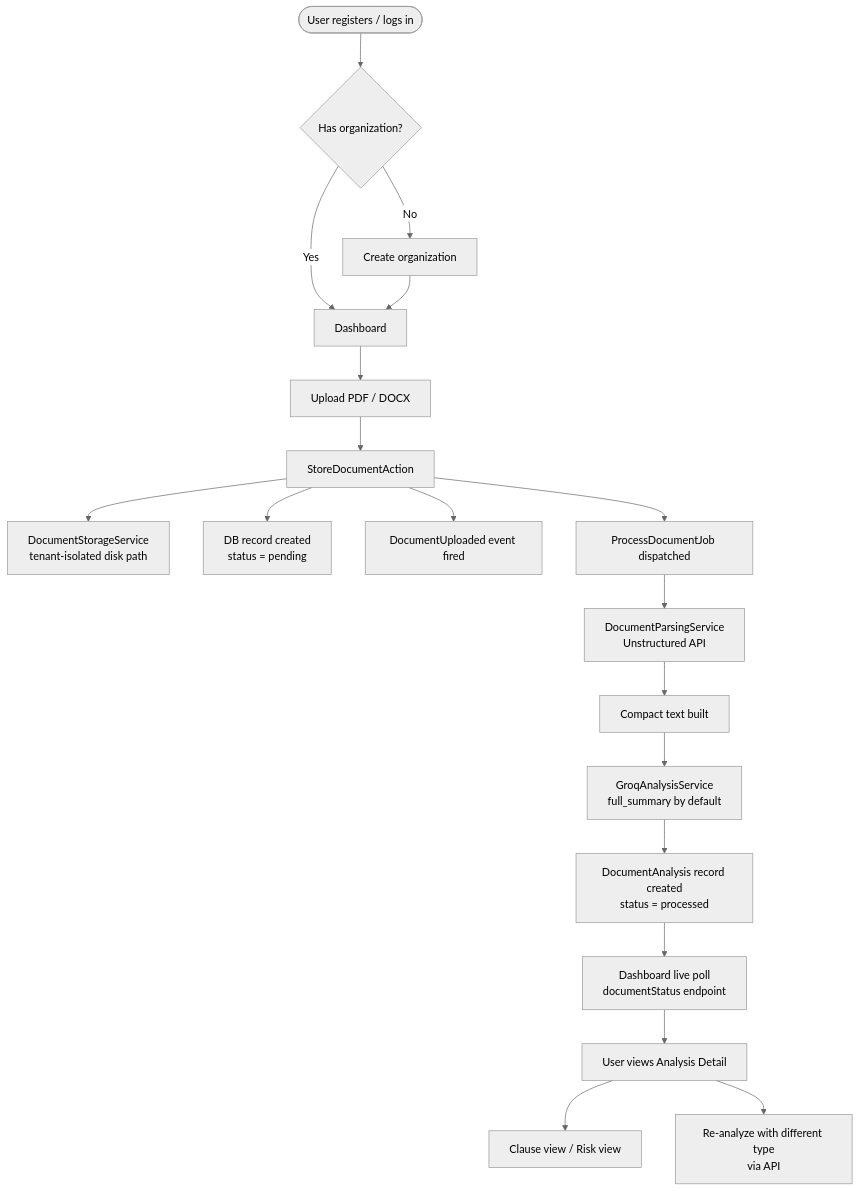
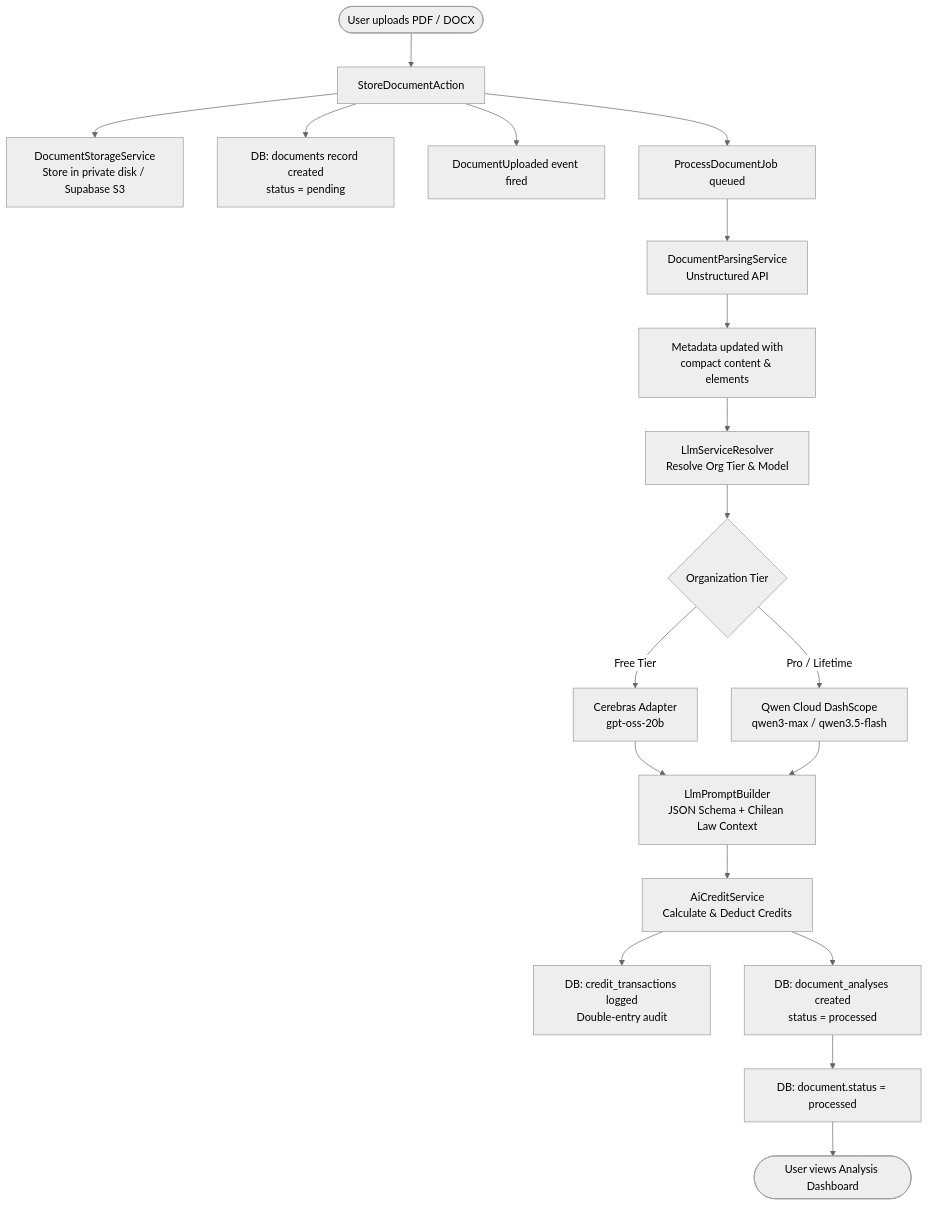
The first of 5 diagrams in PROJECT_DEFENSE_DOCUMENTATION.md (AlfredoAC1/Auditor-IA), drawn with Mermaid (neutral theme) before and after one commit. The commit also changed other lines of this file, not shown here.

Commit message:
docs: update project defense documentation to version 1.2 with expanded technical stack and architecture details

````diff
--- a/PROJECT_DEFENSE_DOCUMENTATION.md
+++ b/PROJECT_DEFENSE_DOCUMENTATION.md
@@ -113,21 +102,21 @@
 ```mermaid
 flowchart TD
-    A([User registers / logs in]) --> B{Has organization?}
-    B -- No --> C[Create organization]
-    B -- Yes --> D[Dashboard]
-    C --> D
-    D --> E[Upload PDF / DOCX]
-    E --> F[StoreDocumentAction]
-    F --> G[DocumentStorageService\ntenant-isolated disk path]
-    F --> H[DB record created\nstatus = pending]
-    F --> I[DocumentUploaded event fired]
-    F --> J[ProcessDocumentJob dispatched]
-    J --> K[DocumentParsingService\nUnstructured API]
-    K --> L[Compact text built]
-    L --> M[GroqAnalysisService\nfull_summary by default]
-    M --> N[DocumentAnalysis record created\nstatus = processed]
-    N --> O[Dashboard live poll\ndocumentStatus endpoint]
-    O --> P[User views Analysis Detail]
-    P --> Q[Clause view / Risk view]
-    P --> R[Re-analyze with different type\nvia API]
+    A([User uploads PDF / DOCX]) --> B[StoreDocumentAction]
+    B --> C[DocumentStorageService\nStore in private disk / Supabase S3]
+    B --> D[DB: documents record created\nstatus = pending]
+    B --> E[DocumentUploaded event fired]
+    B --> F[ProcessDocumentJob queued]
+    F --> G[DocumentParsingService\nUnstructured API]
+    G --> H[Metadata updated with\ncompact content & elements]
+    H --> I[LlmServiceResolver\nResolve Org Tier & Model]
+    I --> J{Organization Tier}
+    J -- Free Tier --> K[Cerebras Adapter\ngpt-oss-20b]
+    J -- Pro / Lifetime --> L[Qwen Cloud DashScope\nqwen3-max / qwen3.5-flash]
+    K --> M[LlmPromptBuilder\nJSON Schema + Chilean Law Context]
+    L --> M
+    M --> N[AiCreditService\nCalculate & Deduct Credits]
+    N --> O[DB: credit_transactions logged\nDouble-entry audit]
+    N --> P[DB: document_analyses created\nstatus = processed]
+    P --> Q[DB: document.status = processed]
+    Q --> R([User views Analysis Dashboard])
 ```
````
